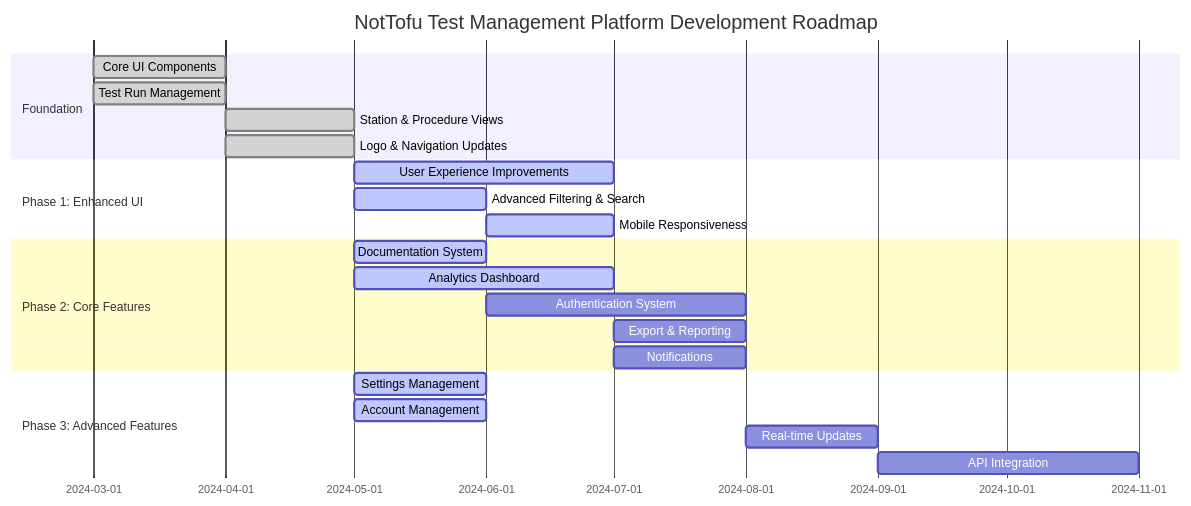
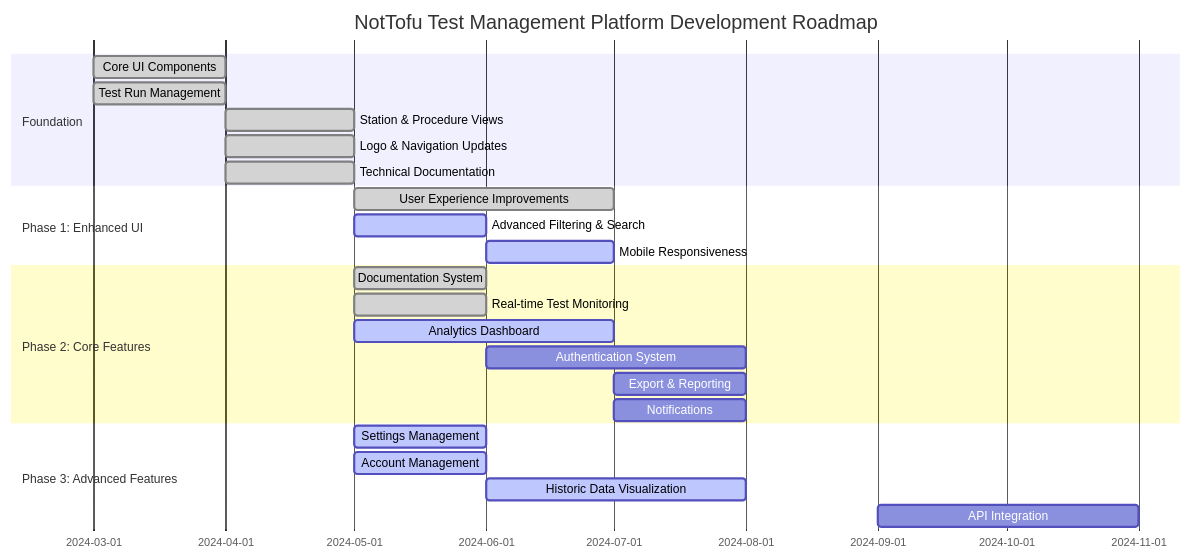
One commit to mvalancy-mt/NotTofu changed the first of 3 diagrams in docs/roadmap.md. Above: the diagram before and after it, drawn with Mermaid. The commit also changed other lines of this file and 1 other file, not shown here.

Commit message:
Update roadmap to reflect completed real-time test monitoring and technical documentation features

````diff
--- a/docs/roadmap.md
+++ b/docs/roadmap.md
@@ -5,28 +5,30 @@
 ```mermaid
 gantt
     title NotTofu Test Management Platform Development Roadmap
     dateFormat  YYYY-MM
     section Foundation
     Core UI Components            :done,      foundation1, 2024-03, 1M
     Test Run Management           :done,      foundation2, 2024-03, 1M
     Station & Procedure Views     :done,      foundation3, 2024-04, 1M
     Logo & Navigation Updates     :done,      foundation4, 2024-04, 1M
+    Technical Documentation       :done,      foundation5, 2024-04, 1M
 
     section Phase 1: Enhanced UI
-    User Experience Improvements  :active,    phase1_1,    2024-05, 2M
+    User Experience Improvements  :done,      phase1_1,    2024-05, 2M
     Advanced Filtering & Search   :active,    phase1_2,    2024-05, 1M
     Mobile Responsiveness         :active,    phase1_3,    2024-06, 1M
     
     section Phase 2: Core Features
-    Documentation System          :active,    phase2_0,    2024-05, 1M
-    Analytics Dashboard           :active,    phase2_1,    2024-05, 2M
-    Authentication System         :           phase2_2,    2024-06, 2M
-    Export & Reporting            :           phase2_3,    2024-07, 1M
-    Notifications                 :           phase2_4,    2024-07, 1M
+    Documentation System          :done,      phase2_0,    2024-05, 1M
+    Real-time Test Monitoring     :done,      phase2_1,    2024-05, 1M
+    Analytics Dashboard           :active,    phase2_2,    2024-05, 2M
+    Authentication System         :           phase2_3,    2024-06, 2M
+    Export & Reporting            :           phase2_4,    2024-07, 1M
+    Notifications                 :           phase2_5,    2024-07, 1M
     
     section Phase 3: Advanced Features
     Settings Management           :active,    phase3_0,    2024-05, 1M
     Account Management            :active,    phase3_1,    2024-05, 1M
-    Real-time Updates             :           phase3_2,    2024-08, 1M
+    Historic Data Visualization   :active,    phase3_2,    2024-06, 2M
     API Integration               :           phase3_3,    2024-09, 2M
 ```
````
